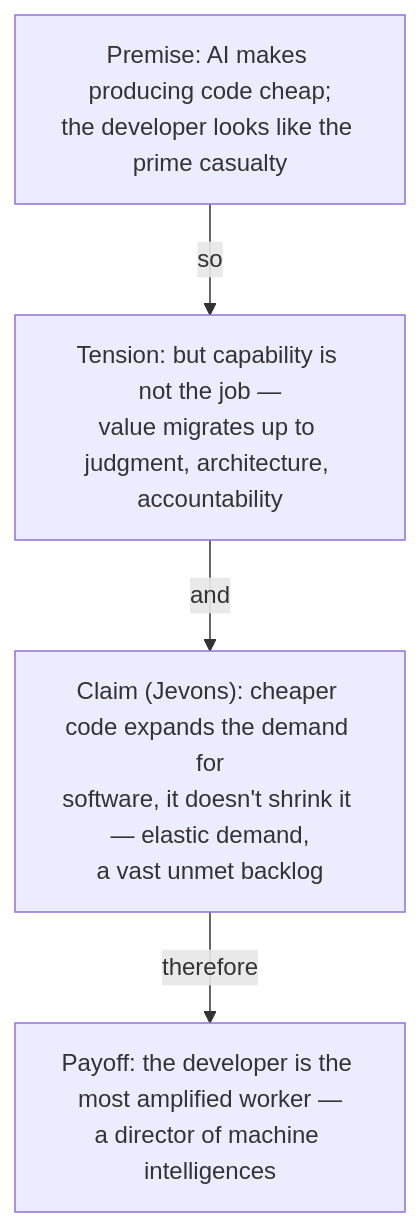
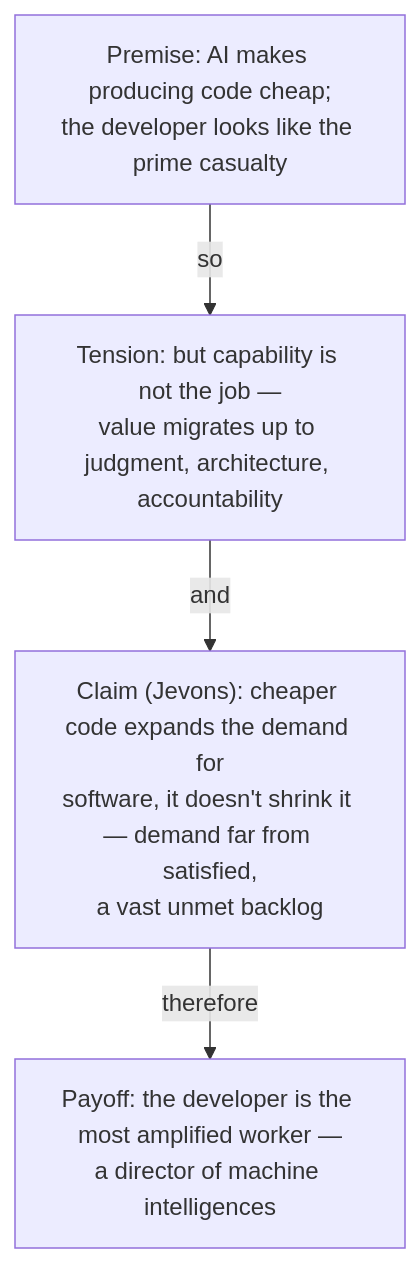
The eighth of 8 diagrams in essay-outline.md (ccabos/live-with-AI), drawn with Mermaid before and after one commit. The commit also changed 3 other files, not shown here.

````diff
--- a/essay-outline.md
+++ b/essay-outline.md
@@ -530,10 +530,10 @@
 ```mermaid
 flowchart TD
     J1["Premise: AI makes producing code cheap;<br/>the developer looks like the prime casualty"]
     J2["Tension: but capability is not the job —<br/>value migrates up to judgment, architecture, accountability"]
-    J3["Claim (Jevons): cheaper code expands the demand for<br/>software, it doesn't shrink it — elastic demand,<br/>a vast unmet backlog"]
+    J3["Claim (Jevons): cheaper code expands the demand for<br/>software, it doesn't shrink it — demand far from satisfied,<br/>a vast unmet backlog"]
     J4["Payoff: the developer is the most amplified worker —<br/>a director of machine intelligences"]
     J1 -->|"so"| J2
     J2 -->|"and"| J3
     J3 -->|"therefore"| J4
 ```
````
